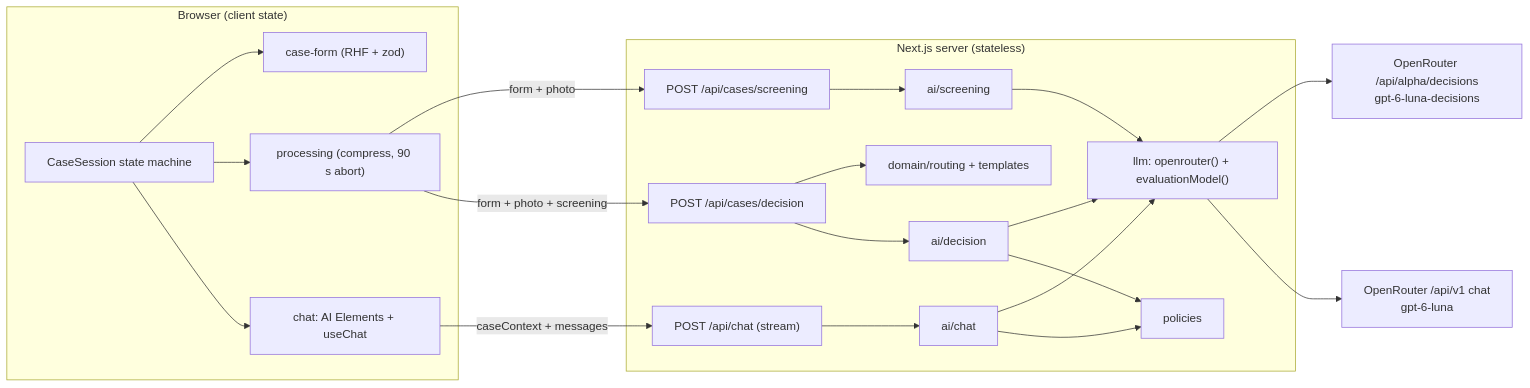
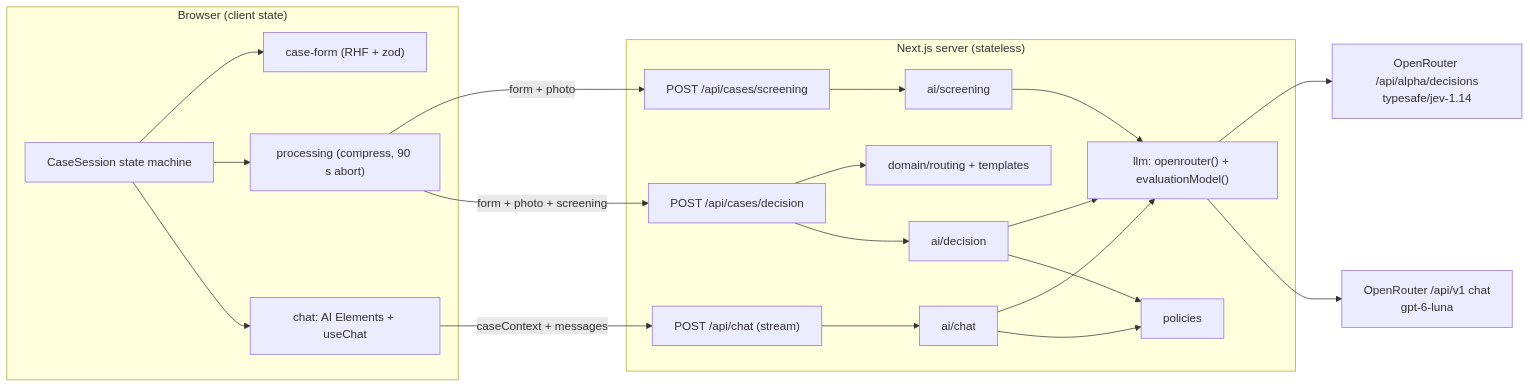
One commit to msl-sli/jsystems-ai-programming-2026-11 changed the first of 7 diagrams in docs/ADR/000-main-architecture.md. Above: the diagram before and after it, drawn with Mermaid. The commit also changed other lines of this file and 6 other files, not shown here.

````diff
--- a/docs/ADR/000-main-architecture.md
+++ b/docs/ADR/000-main-architecture.md
@@ -272,37 +272,37 @@
 ```mermaid
 flowchart LR
   subgraph Browser["Browser (client state)"]
     Page["CaseSession state machine"]
     Form["case-form (RHF + zod)"]
     Proc["processing (compress, 90 s abort)"]
     Chat["chat: AI Elements + useChat"]
     Page --> Form & Proc & Chat
   end
 
   subgraph Next["Next.js server (stateless)"]
     SCRH["POST /api/cases/screening"]
     DECH["POST /api/cases/decision"]
     CHH["POST /api/chat (stream)"]
     SCR["ai/screening"]
     RT["domain/routing + templates"]
     DEC["ai/decision"]
     CHS["ai/chat"]
     POL["policies"]
     LLM["llm: openrouter() + evaluationModel()"]
     SCRH --> SCR --> LLM
     DECH --> RT
     DECH --> DEC --> LLM
     CHH --> CHS --> LLM
     DEC --> POL
     CHS --> POL
   end
 
-  ORD["OpenRouter /api/alpha/decisions<br/>gpt-6-luna-decisions"]
+  ORD["OpenRouter /api/alpha/decisions<br/>typesafe/jev-1.14"]
   ORC["OpenRouter /api/v1 chat<br/>gpt-6-luna"]
 
   Proc -- "form + photo" --> SCRH
   Proc -- "form + photo + screening" --> DECH
   Chat -- "caseContext + messages" --> CHH
   LLM --> ORD
   LLM --> ORC
 ```
````
